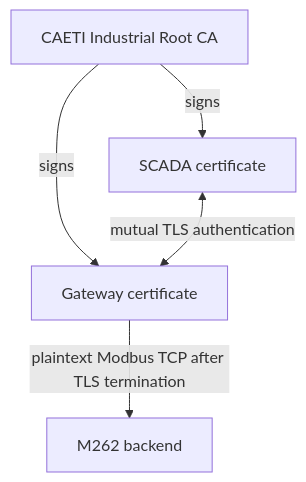
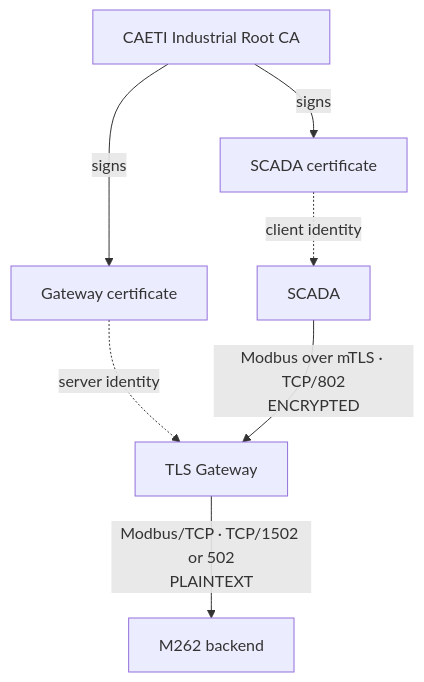
One commit to JFCrypT/industrialPKI changed the diagram in README.md. Above: the diagram before and after it, drawn with Mermaid. The commit also changed other lines of this file and 21 other files, not shown here.

````diff
--- a/README.md
+++ b/README.md
@@ -78,7 +58,20 @@
 ```mermaid
-graph TD
-    CA[CAETI Industrial Root CA] -->|signs| GW[Gateway certificate]
-    CA -->|signs| SC[SCADA certificate]
-    SC <-->|mutual TLS authentication| GW
-    GW -->|plaintext Modbus TCP after TLS termination| M262[M262 backend]
+flowchart TD
+    CA["CAETI Industrial Root CA"]
+
+    SC_CERT["SCADA certificate"]
+    GW_CERT["Gateway certificate"]
+
+    SCADA["SCADA"]
+    GW["TLS Gateway"]
+    M262["M262 backend"]
+
+    CA -->|"signs"| SC_CERT
+    CA -->|"signs"| GW_CERT
+
+    SC_CERT -.->|"client identity"| SCADA
+    GW_CERT -.->|"server identity"| GW
+
+    SCADA -->|"Modbus over mTLS · TCP/802<br/>ENCRYPTED"| GW
+    GW -->|"Modbus/TCP · TCP/1502 or 502<br/>PLAINTEXT"| M262
 ```
````
